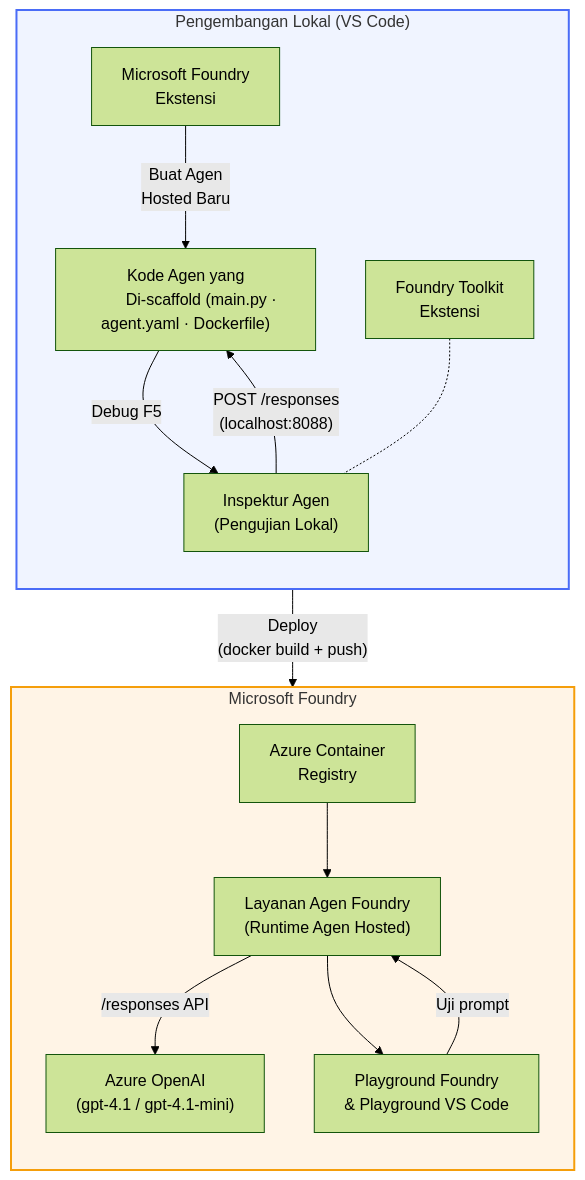
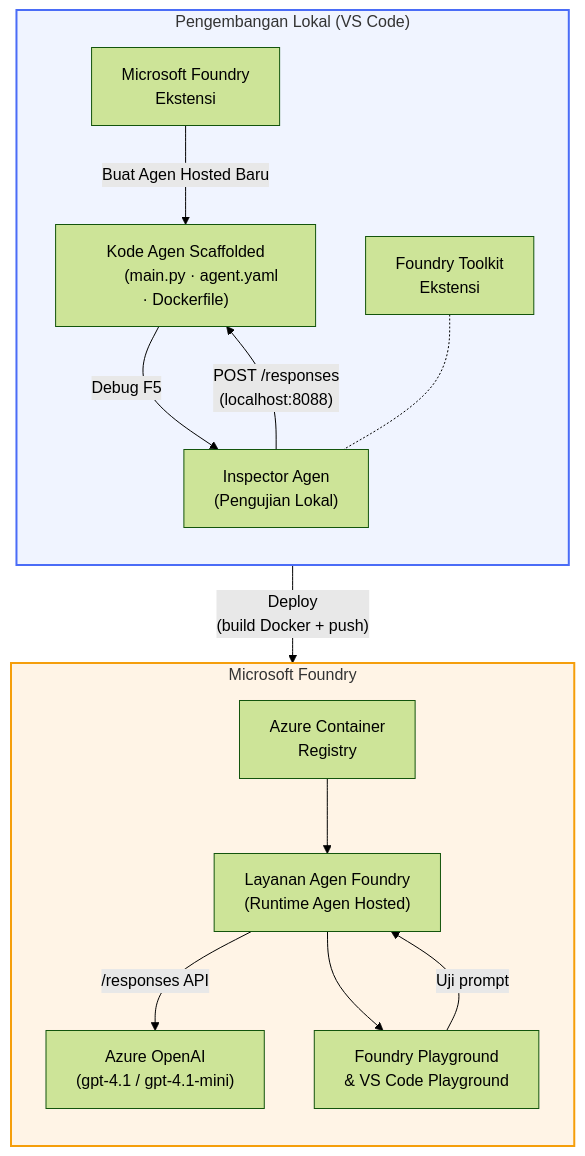
Before and after one commit to microsoft-foundry/Foundry_Toolkit_for_VSCode_Lab: the diagram in translations/id/README.md, drawn with Mermaid (forest theme). The commit also changed other lines of this file and 110 other files, not shown here.

````diff
--- a/translations/id/README.md
+++ b/translations/id/README.md
@@ -48,42 +52,41 @@
 ```mermaid
 flowchart TB
     subgraph Local["Pengembangan Lokal (VS Code)"]
         direction TB
         FE["Microsoft Foundry
         Ekstensi"]
         FoundryToolkit["Foundry Toolkit
         Ekstensi"]
-        Scaffold["Kode Agen yang
-        Di-scaffold (main.py · agent.yaml · Dockerfile)"]
-        Inspector["Inspektur Agen
+        Scaffold["Kode Agen Scaffolded
+        (main.py · agent.yaml · Dockerfile)"]
+        Inspector["Inspector Agen
         (Pengujian Lokal)"]
-        FE -- "Buat Agen
-        Hosted Baru" --> Scaffold
+        FE -- "Buat Agen Hosted Baru" --> Scaffold
         Scaffold -- "Debug F5" --> Inspector
         FoundryToolkit -.- Inspector
     end
 
     subgraph Cloud["Microsoft Foundry"]
         direction TB
         ACR["Azure Container
         Registry"]
         AgentService["Layanan Agen Foundry
         (Runtime Agen Hosted)"]
         Model["Azure OpenAI
         (gpt-4.1 / gpt-4.1-mini)"]
-        Playground["Playground Foundry
-        & Playground VS Code"]
+        Playground["Foundry Playground
+        & VS Code Playground"]
         ACR --> AgentService
         AgentService -- "/responses API" --> Model
         AgentService --> Playground
     end
 
     Scaffold -- "Deploy
-    (docker build + push)" --> ACR
+    (build Docker + push)" --> ACR
     Inspector -- "POST /responses
     (localhost:8088)" --> Scaffold
     Playground -- "Uji prompt" --> AgentService
 
     style Local fill:#f0f4ff,stroke:#4a6cf7,stroke-width:2px
     style Cloud fill:#fff4e6,stroke:#f59e0b,stroke-width:2px
 ```
````
